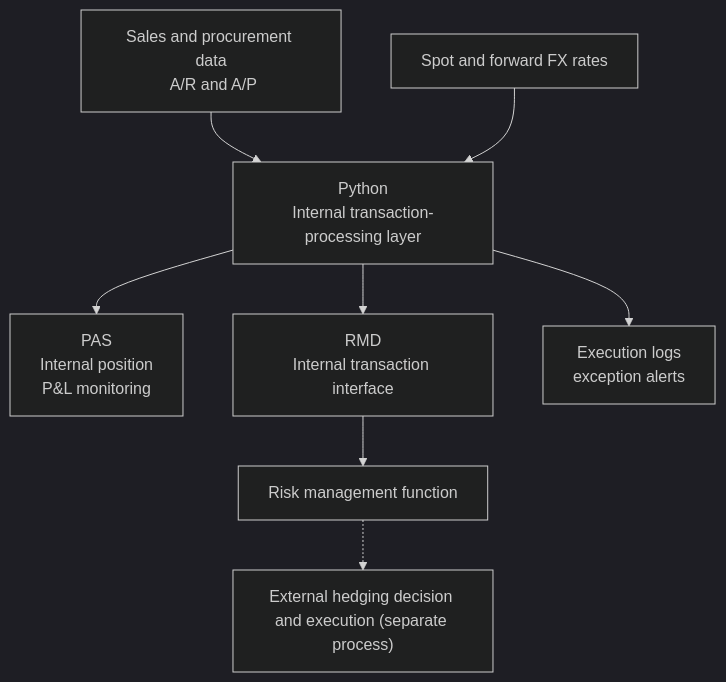
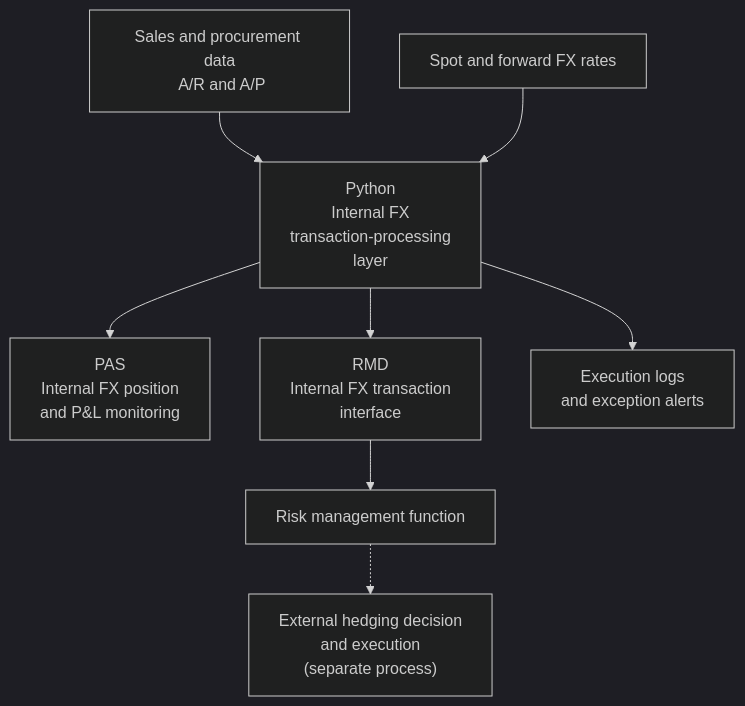
One commit to ChienChienChien/FX_Hedging_Automation changed the diagram in README.md. Above: the diagram before and after it, drawn with Mermaid (dark theme).

````diff
--- a/README.md
+++ b/README.md
@@ -50,12 +50,12 @@
 ```mermaid
 flowchart TB
-    A["Sales and procurement data<br> A/R and A/P"] --> D["Python<br>Internal transaction-processing layer"]
+    A["Sales and procurement data<br> A/R and A/P"] --> D["Python<br>Internal FX<br> transaction-processing<br> layer"]
     B["Spot and forward FX rates"] --> D
 
-    D --> E["PAS<br>Internal position<br>P&L monitoring"]
-    D --> F["RMD<br>Internal transaction interface"]
-    D --> G["Execution logs<br>exception alerts"]
+    D --> E["PAS<br>Internal FX position<br>and P&L monitoring"]
+    D --> F["RMD<br>Internal FX transaction<br> interface"]
+    D --> G["Execution logs<br>and exception alerts"]
 
     F --> H["Risk management function"]
-    H -.-> I["External hedging decision and execution (separate process)"]
+    H -.-> I["External hedging decision<br> and execution<br> (separate process)"]
 ```
````
